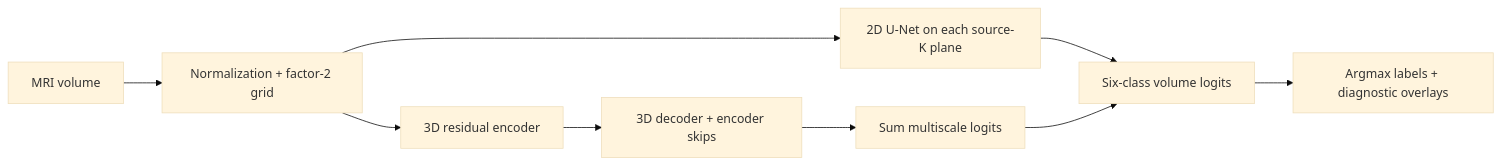
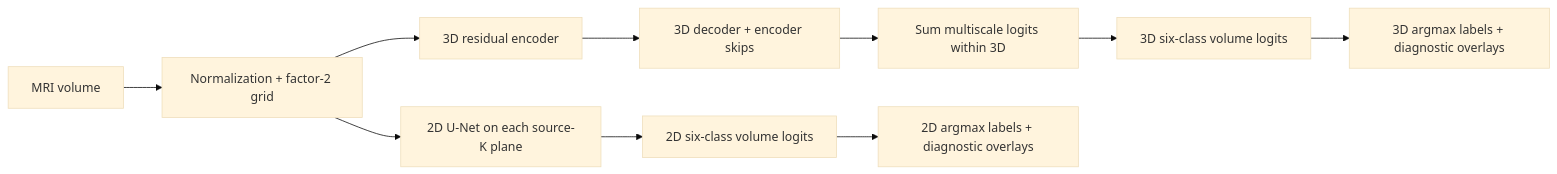
Before and after one commit to zaosns/PatternAnalysis-2026: the diagram in recognition/Improved_UNet3D_zaosns/README.md, drawn with Mermaid (base theme). The commit also changed other lines of this file and 3 other files, not shown here.

Commit message:
Clarify model flow and polish component figure labels

````diff
--- a/recognition/Improved_UNet3D_zaosns/README.md
+++ b/recognition/Improved_UNet3D_zaosns/README.md
@@ -111,11 +115,12 @@
 ```mermaid
 flowchart LR
     MRI["MRI volume"] --> P["Normalization + factor-2 grid"]
     P --> A["2D U-Net on each source-K plane"]
     P --> B["3D residual encoder"]
     B --> C["3D decoder + encoder skips"]
-    C --> D["Sum multiscale logits"]
-    A --> E["Six-class volume logits"]
-    D --> E
-    E --> F["Argmax labels + diagnostic overlays"]
+    C --> D["Sum multiscale logits within 3D"]
+    A --> E2["2D six-class volume logits"]
+    E2 --> F2["2D argmax labels + diagnostic overlays"]
+    D --> E3["3D six-class volume logits"]
+    E3 --> F3["3D argmax labels + diagnostic overlays"]
 ```
````
